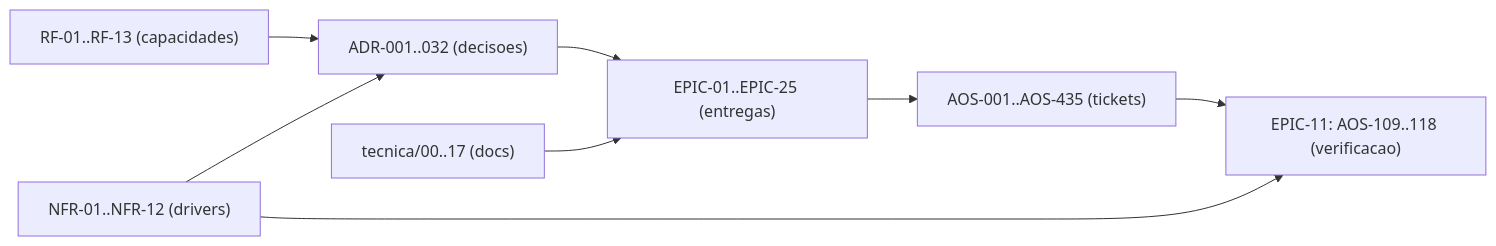
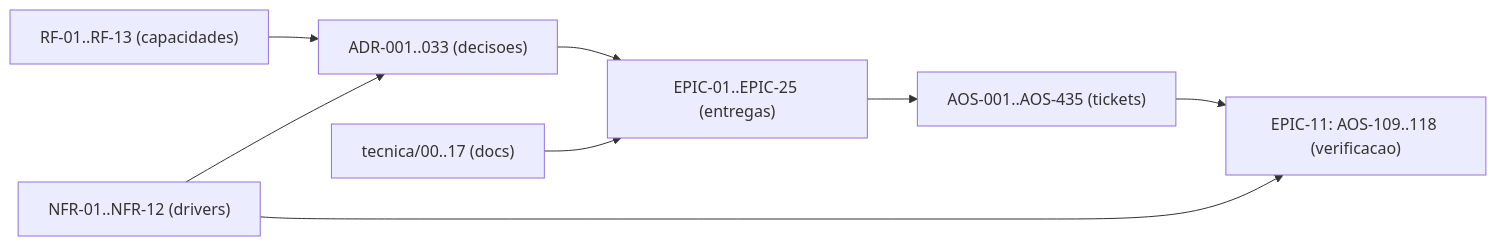
One commit to albinoJimy/aos changed the diagram in tecnica/16_Rastreabilidade_RTM.md. Above: the diagram before and after it, drawn with Mermaid. The commit also changed other lines of this file and 19 other files, not shown here.

````diff
--- a/tecnica/16_Rastreabilidade_RTM.md
+++ b/tecnica/16_Rastreabilidade_RTM.md
@@ -193,10 +195,10 @@
 ```mermaid
 flowchart LR
-    RF["RF-01..RF-13 (capacidades)"] --> ADR["ADR-001..032 (decisoes)"]
+    RF["RF-01..RF-13 (capacidades)"] --> ADR["ADR-001..033 (decisoes)"]
     NFR["NFR-01..NFR-12 (drivers)"] --> ADR
     ADR --> EPIC["EPIC-01..EPIC-25 (entregas)"]
     EPIC --> TICK["AOS-001..AOS-435 (tickets)"]
     DOC["tecnica/00..17 (docs)"] --> EPIC
     TICK --> TEST["EPIC-11: AOS-109..118 (verificacao)"]
     NFR --> TEST
 ```
````
